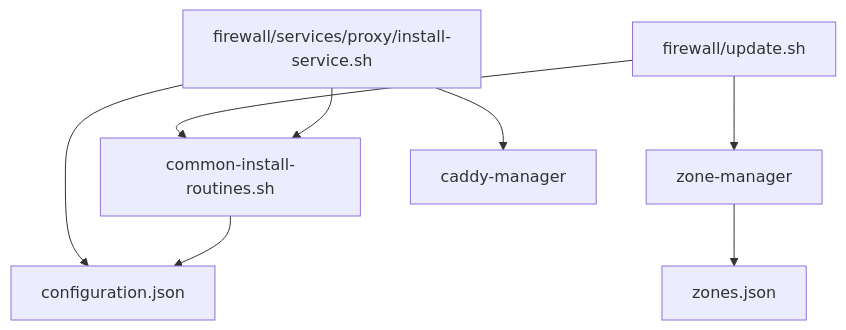
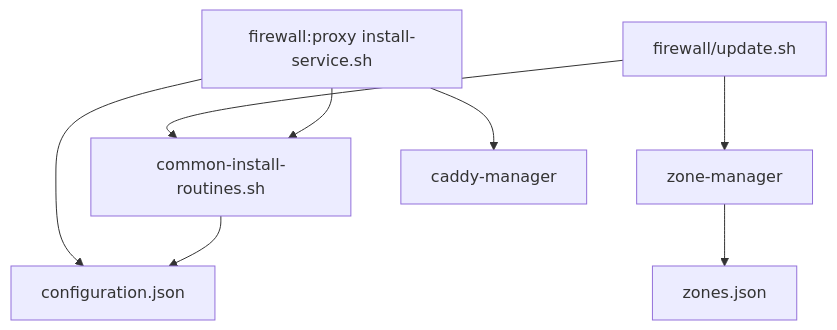
Diagram 12 of 13 in src/foundation/DEPENDENCIES.md (TAPPaaS/TAPPaaS), drawn with Mermaid before and after one commit. The commit also changed other lines of this file and 11 other files, not shown here.

````diff
--- a/src/foundation/DEPENDENCIES.md
+++ b/src/foundation/DEPENDENCIES.md
@@ -250,10 +315,10 @@
 ```mermaid
 graph TD
     A["firewall/update.sh"] --> B["common-install-routines.sh"]
     A --> C["zone-manager"]
     C --> D["zones.json"]
-    E["firewall/services/proxy/install-service.sh"] --> B
+    E["firewall:proxy install-service.sh"] --> B
     E --> F["caddy-manager"]
     E --> G["configuration.json"]
     B --> G
 ```
````
